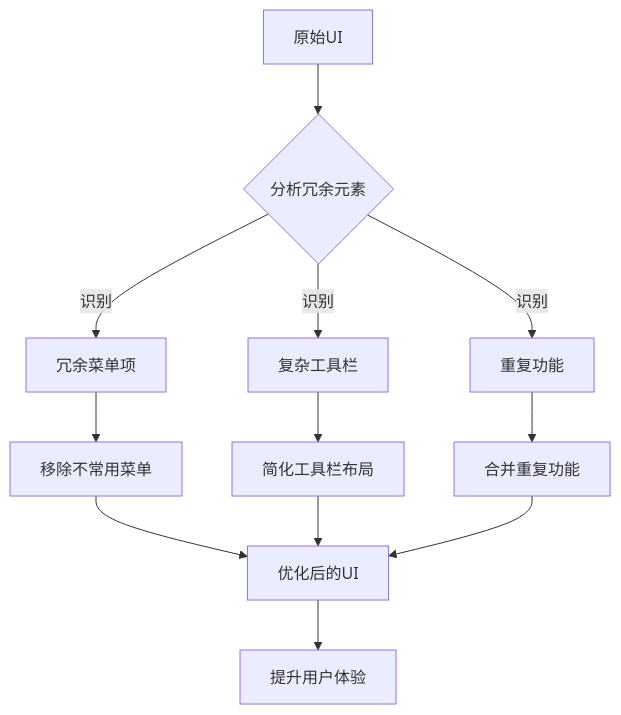
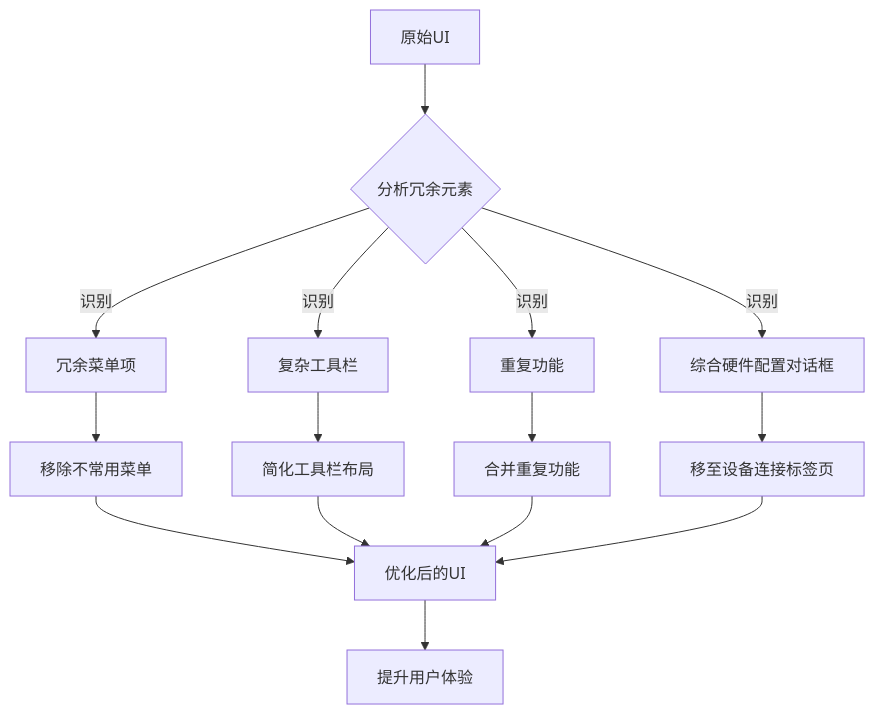
The ninth of 10 diagrams in .qoder/repowiki/zh/content/架构设计/UI系统设计/测量设置视图组件.md (jakecai1225-design/OpenBus), drawn with Mermaid before and after one commit. The commit also changed other lines of this file and 35 other files, not shown here.

````diff
--- a/.qoder/repowiki/zh/content/架构设计/UI系统设计/测量设置视图组件.md
+++ b/.qoder/repowiki/zh/content/架构设计/UI系统设计/测量设置视图组件.md
@@ -434,14 +513,17 @@
 ```mermaid
 flowchart TD
 A[原始UI] --> B{分析冗余元素}
 B --> |识别| C[冗余菜单项]
 B --> |识别| D[复杂工具栏]
 B --> |识别| E[重复功能]
-C --> F[移除不常用菜单]
-D --> G[简化工具栏布局]
-E --> H[合并重复功能]
-F --> I[优化后的UI]
-G --> I
-H --> I
-I --> J[提升用户体验]
+B --> |识别| F[综合硬件配置对话框]
+C --> G[移除不常用菜单]
+D --> H[简化工具栏布局]
+E --> I[合并重复功能]
+F --> J[移至设备连接标签页]
+G --> K[优化后的UI]
+H --> K
+I --> K
+J --> K
+K --> L[提升用户体验]
 ```
````
